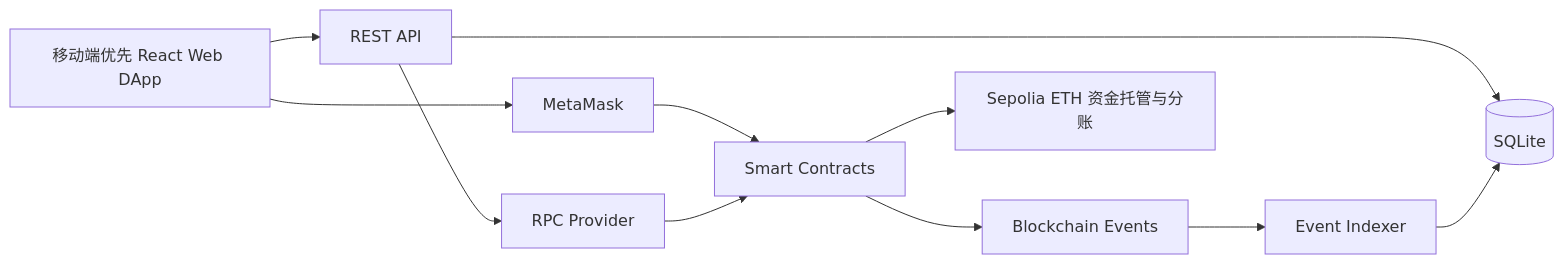
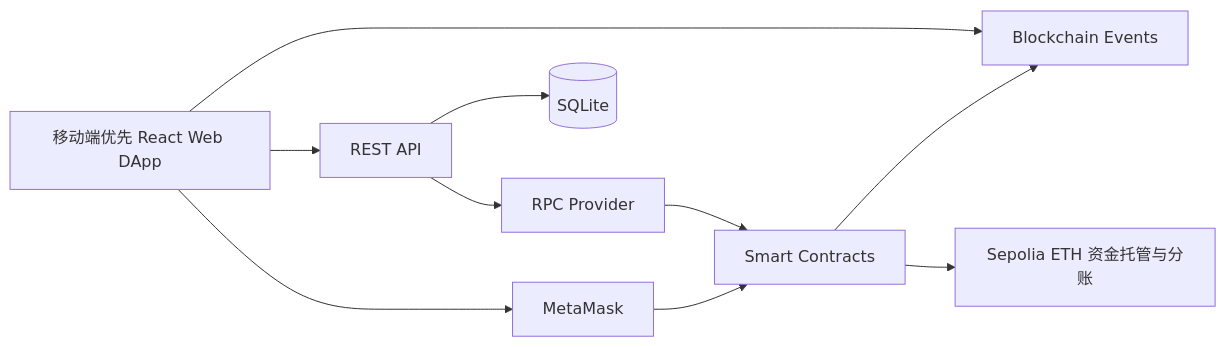
The first of 9 diagrams in doc/设计文档.md (GeraltWu/blockchain-sme-receivables-financing), drawn with Mermaid before and after one commit. The commit also changed other lines of this file and 2 other files, not shown here.

````diff
--- a/doc/设计文档.md
+++ b/doc/设计文档.md
@@ -86,13 +86,12 @@
 ```mermaid
 flowchart LR
     U[移动端优先 React Web DApp] --> M[MetaMask]
     M --> C[Smart Contracts]
     U --> A[REST API]
     A --> P[(SQLite)]
     C --> E[Blockchain Events]
-    E --> I[Event Indexer]
-    I --> P
+    U --> E
     A --> R[RPC Provider]
     R --> C
     C --> B[Sepolia ETH 资金托管与分账]
 ```
````
